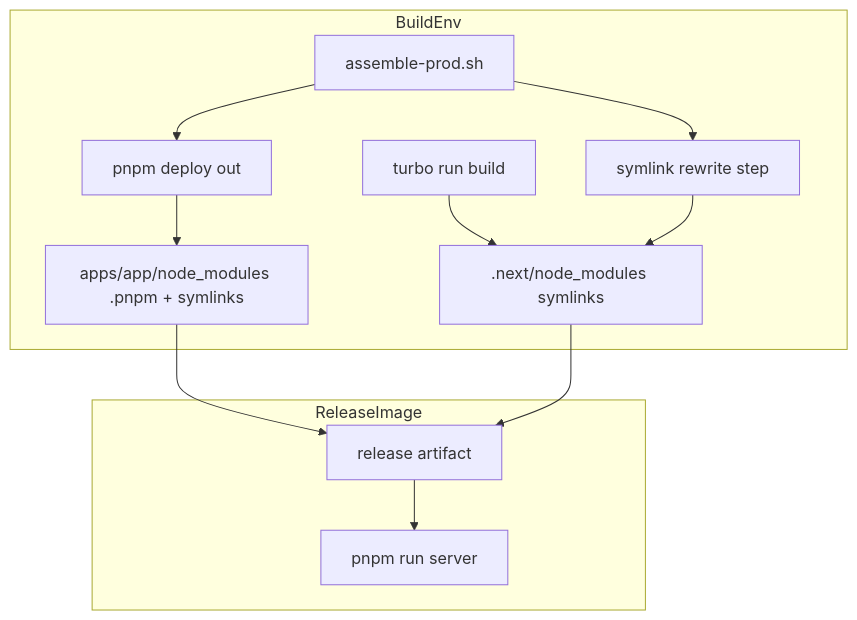
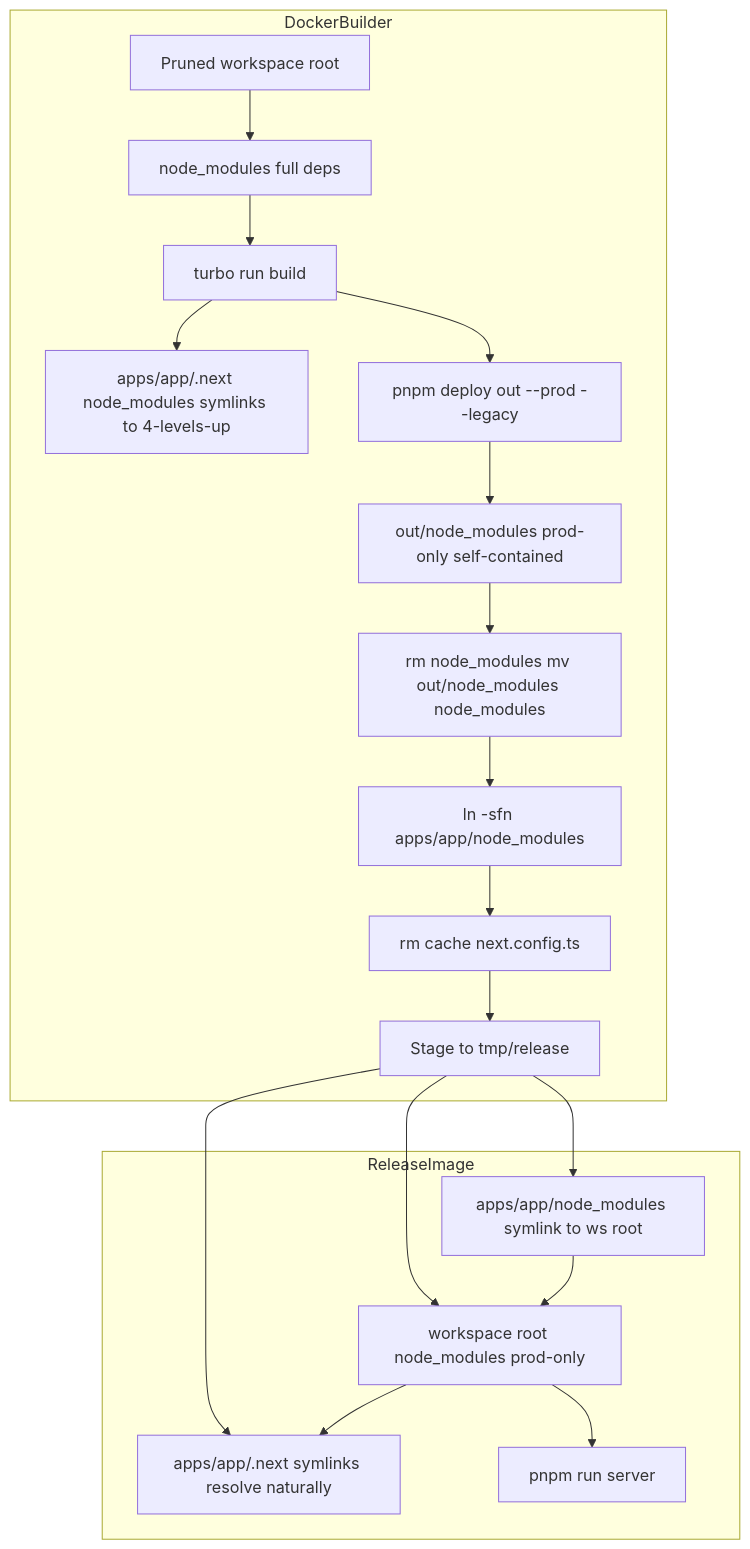
Before and after one commit to growilabs/growi: the first of 2 diagrams in .kiro/specs/optimise-deps-for-prod/design.md, drawn with Mermaid. The commit also changed other lines of this file and 7 other files, not shown here.

````diff
--- a/.kiro/specs/optimise-deps-for-prod/design.md
+++ b/.kiro/specs/optimise-deps-for-prod/design.md
@@ -72,25 +68,38 @@
 ```mermaid
 graph TB
-    subgraph BuildEnv
-        TurboBuild[turbo run build]
-        NextModules[.next/node_modules symlinks]
-        AssembleScript[assemble-prod.sh]
-        DeployOut[pnpm deploy out]
-        AppNodeModules[apps/app/node_modules .pnpm + symlinks]
-        RewriteStep[symlink rewrite step]
+    subgraph DockerBuilder
+        PrunedRoot[Pruned workspace root]
+        FullDepsNM[node_modules full deps]
+        Build[turbo run build]
+        NextOut[apps/app/.next node_modules symlinks to 4-levels-up]
+        Deploy[pnpm deploy out --prod --legacy]
+        ProdNM[out/node_modules prod-only self-contained]
+        Replace[rm node_modules mv out/node_modules node_modules]
+        Symlink[ln -sfn apps/app/node_modules]
+        Clean[rm cache next.config.ts]
+        Stage[Stage to tmp/release]
     end
 
     subgraph ReleaseImage
-        ReleaseDist[release artifact]
-        ProdServer[pnpm run server]
+        WsRoot[workspace root node_modules prod-only]
+        AppNext[apps/app/.next symlinks resolve naturally]
+        AppNMLink[apps/app/node_modules symlink to ws root]
+        Server[pnpm run server]
     end
 
-    TurboBuild --> NextModules
-    AssembleScript --> DeployOut
-    DeployOut --> AppNodeModules
-    AssembleScript --> RewriteStep
-    RewriteStep --> NextModules
-    AppNodeModules --> ReleaseDist
-    NextModules --> ReleaseDist
-    ReleaseDist --> ProdServer
+    PrunedRoot --> FullDepsNM
+    FullDepsNM --> Build
+    Build --> NextOut
+    Build --> Deploy
+    Deploy --> ProdNM
+    ProdNM --> Replace
+    Replace --> Symlink
+    Symlink --> Clean
+    Clean --> Stage
+    Stage --> WsRoot
+    Stage --> AppNext
+    Stage --> AppNMLink
+    WsRoot --> AppNext
+    AppNMLink --> WsRoot
+    WsRoot --> Server
 ```
````
